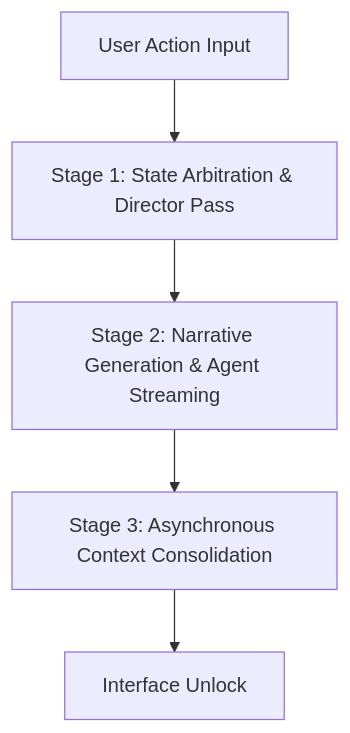
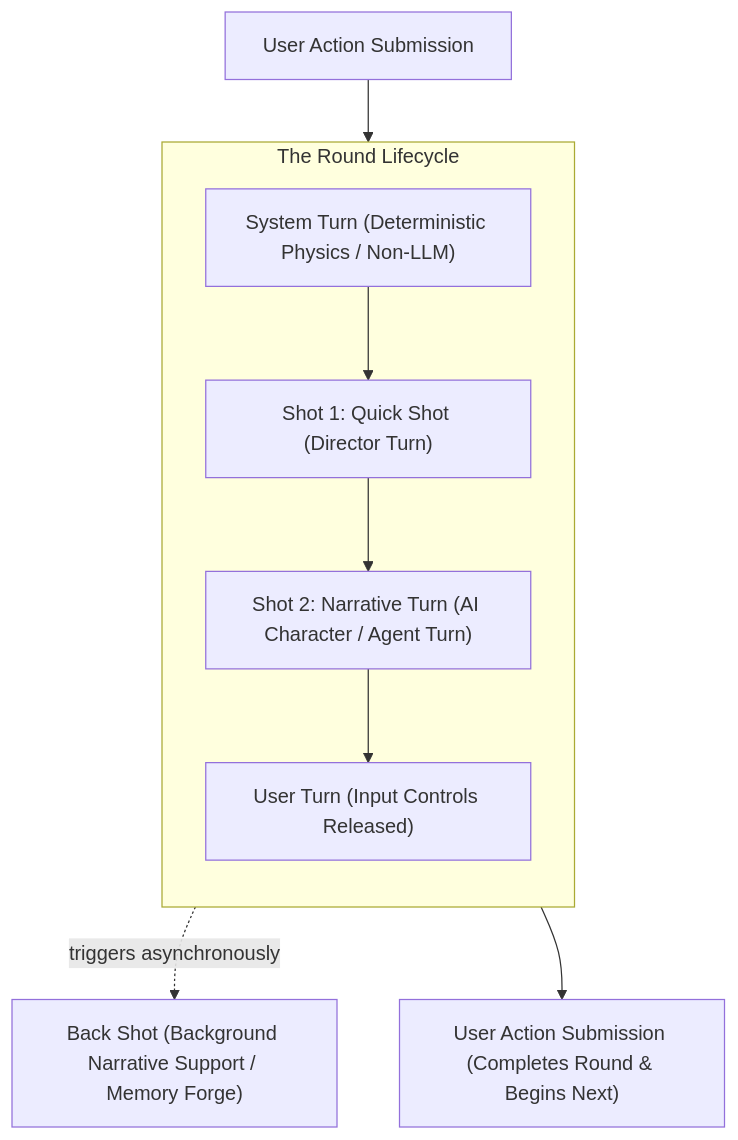
One commit to JooduG/RPGlitch changed the second of 3 diagrams in ARCHITECTURE.md. Above: the diagram before and after it, drawn with Mermaid. The commit also changed other lines of this file and 7 other files, not shown here.

````diff
--- a/ARCHITECTURE.md
+++ b/ARCHITECTURE.md
@@ -65,7 +71,12 @@
 ```mermaid
 flowchart TD
-    Input["User Action Input"] --> Stage1["Stage 1: State Arbitration & Director Pass"]
-    Stage1 --> Stage2["Stage 2: Narrative Generation & Agent Streaming"]
-    Stage2 --> Stage3["Stage 3: Asynchronous Context Consolidation"]
-    Stage3 --> Unlock["Interface Unlock"]
+    UserAction["User Action Submission"] --> SystemTurn["System Turn (Deterministic Physics / Non-LLM)"]
+    subgraph RoundLoop ["The Round Lifecycle"]
+        direction TB
+        SystemTurn --> Shot1["Shot 1: Quick Shot (Director Turn)"]
+        Shot1 --> Shot2["Shot 2: Narrative Turn (AI Character / Agent Turn)"]
+        Shot2 --> UserTurn["User Turn (Input Controls Released)"]
+    end
+    Shot2 -. triggers asynchronously .-> BackShot["Back Shot (Background Narrative Support / Memory Forge)"]
+    UserTurn --> NextAction["User Action Submission (Completes Round & Begins Next)"]
 ```
````
